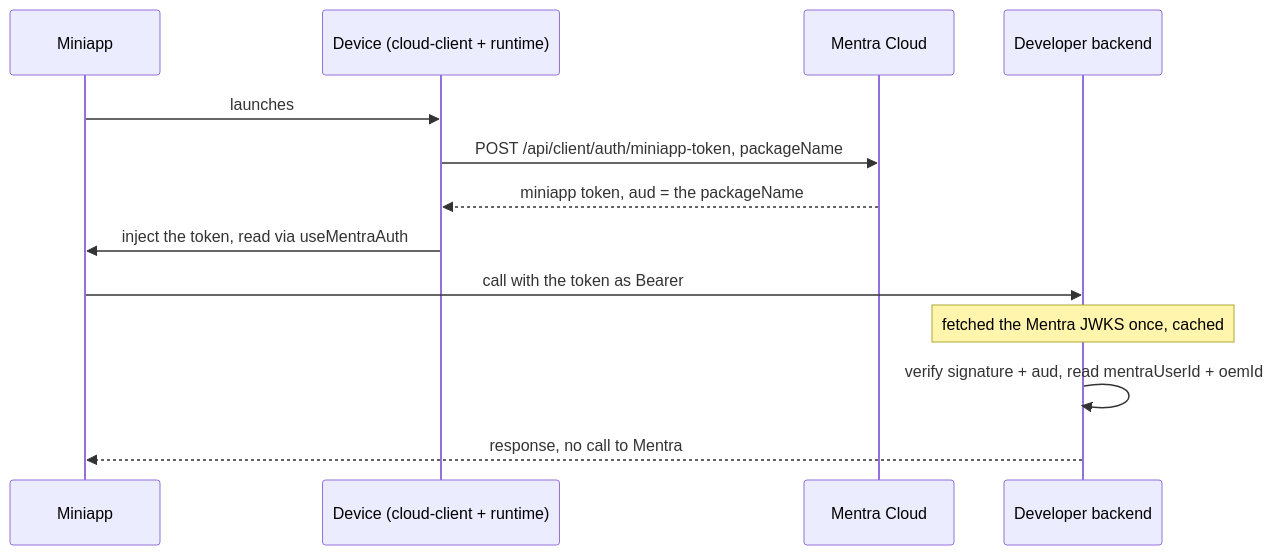
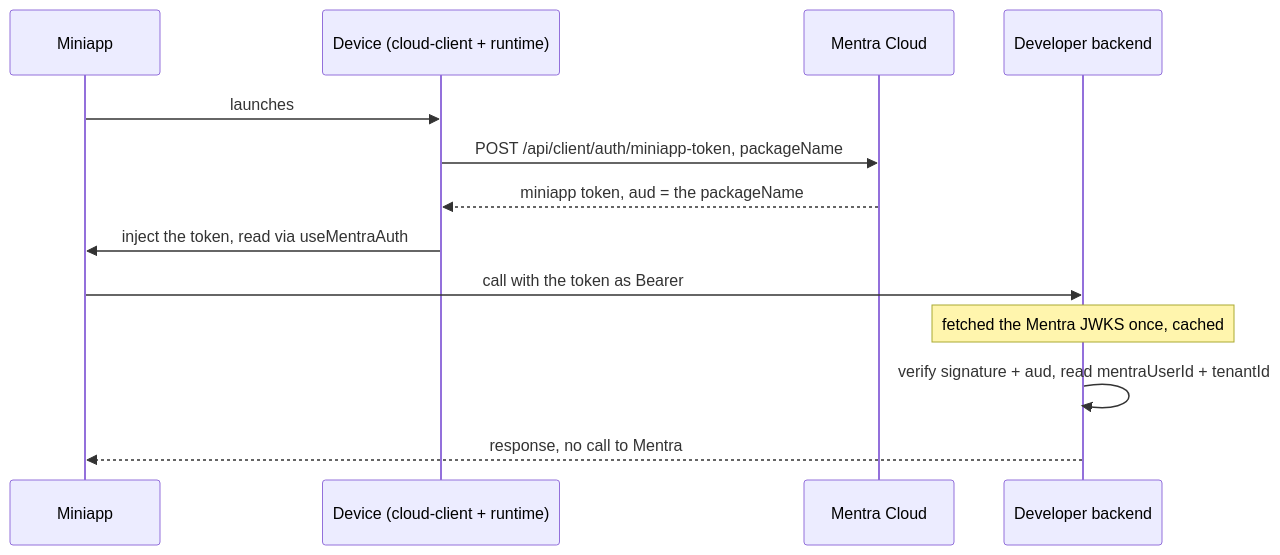
The second of 2 diagrams in cloud-v2/docs/issues/001-cloud-core/auth/concepts.md (Mentra-Community/MentraOS), drawn with Mermaid before and after one commit. The commit also changed other lines of this file and 111 other files, not shown here.

````diff
--- a/cloud-v2/docs/issues/001-cloud-core/auth/concepts.md
+++ b/cloud-v2/docs/issues/001-cloud-core/auth/concepts.md
@@ -286,15 +286,15 @@
 ```mermaid
 sequenceDiagram
     participant App as Miniapp
     participant CC as Device (cloud-client + runtime)
     participant Mentra as Mentra Cloud
     participant Backend as Developer backend
     App->>CC: launches
     CC->>Mentra: POST /api/client/auth/miniapp-token, packageName
     Mentra-->>CC: miniapp token, aud = the packageName
     CC->>App: inject the token, read via useMentraAuth
     App->>Backend: call with the token as Bearer
     Note over Backend: fetched the Mentra JWKS once, cached
-    Backend->>Backend: verify signature + aud, read mentraUserId + oemId
+    Backend->>Backend: verify signature + aud, read mentraUserId + tenantId
     Backend-->>App: response, no call to Mentra
 ```
````
